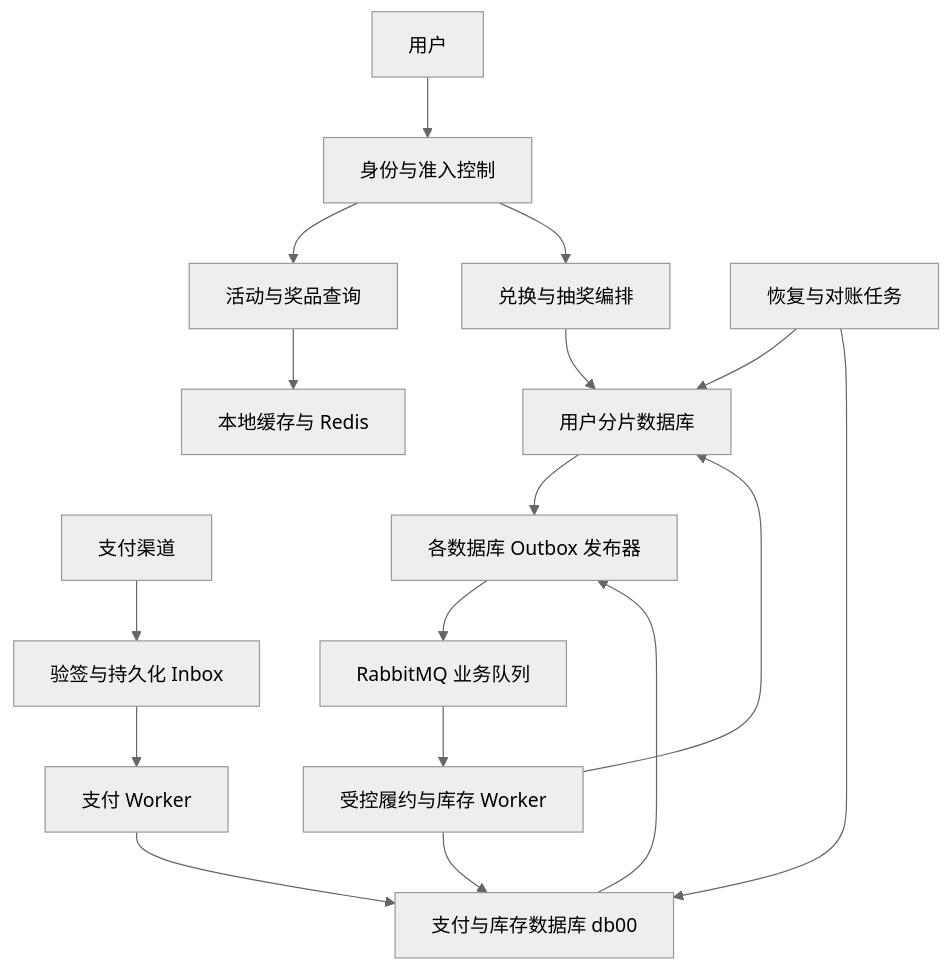
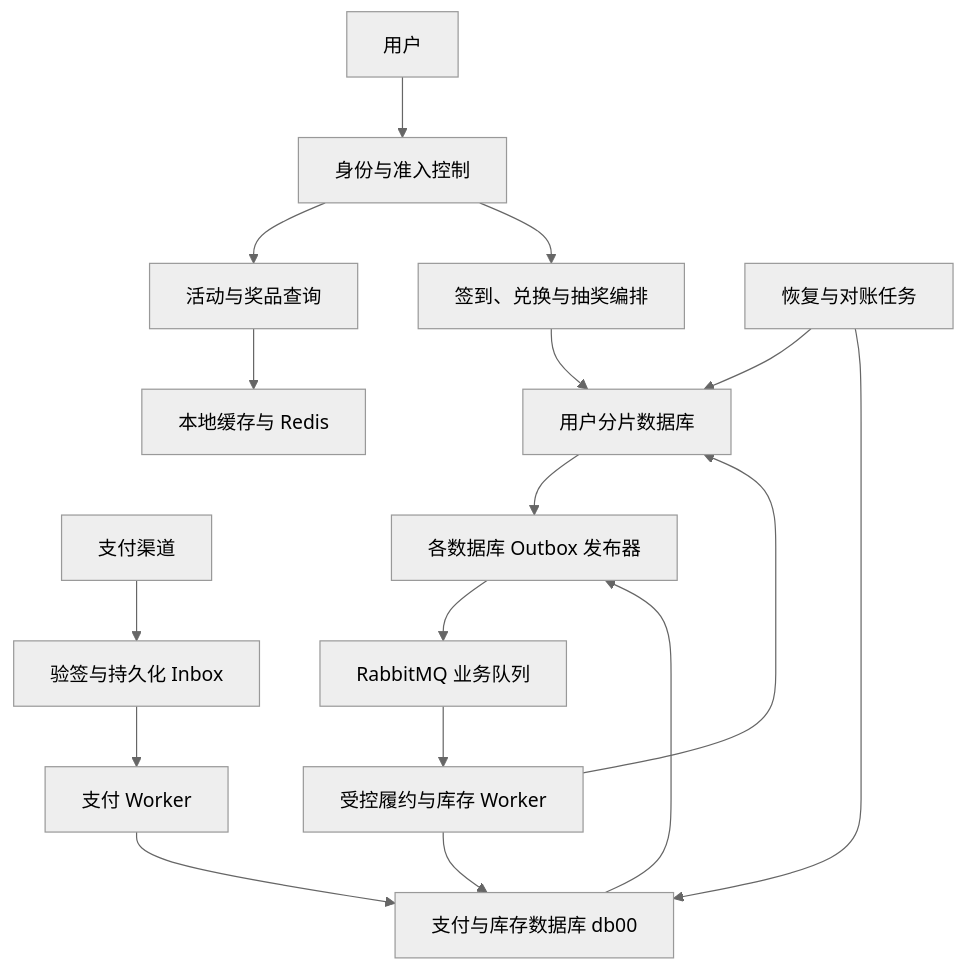
One commit to ChihayaAnonnn/BroMark changed the first of 2 diagrams in docs/superpowers/specs/2026-10-15-concurrent-credit-payment-raffle-design.md. Above: the diagram before and after it, drawn with Mermaid (neutral theme). The commit also changed other lines of this file and 15 other files, not shown here.

````diff
--- a/docs/superpowers/specs/2026-10-15-concurrent-credit-payment-raffle-design.md
+++ b/docs/superpowers/specs/2026-10-15-concurrent-credit-payment-raffle-design.md
@@ -80,19 +102,19 @@
 ```mermaid
 flowchart TD
     U[用户] --> G[身份与准入控制]
     G --> Q[活动与奖品查询]
     Q --> C[本地缓存与 Redis]
-    G --> X[兑换与抽奖编排]
+    G --> X[签到、兑换与抽奖编排]
     X --> S[用户分片数据库]
     P[支付渠道] --> I[验签与持久化 Inbox]
     I --> W[支付 Worker]
     W --> D[支付与库存数据库 db00]
     S --> R[各数据库 Outbox 发布器]
     D --> R
     R --> M[RabbitMQ 业务队列]
     M --> H[受控履约与库存 Worker]
     H --> S
     H --> D
     O[恢复与对账任务] --> S
     O --> D
 ```
````
